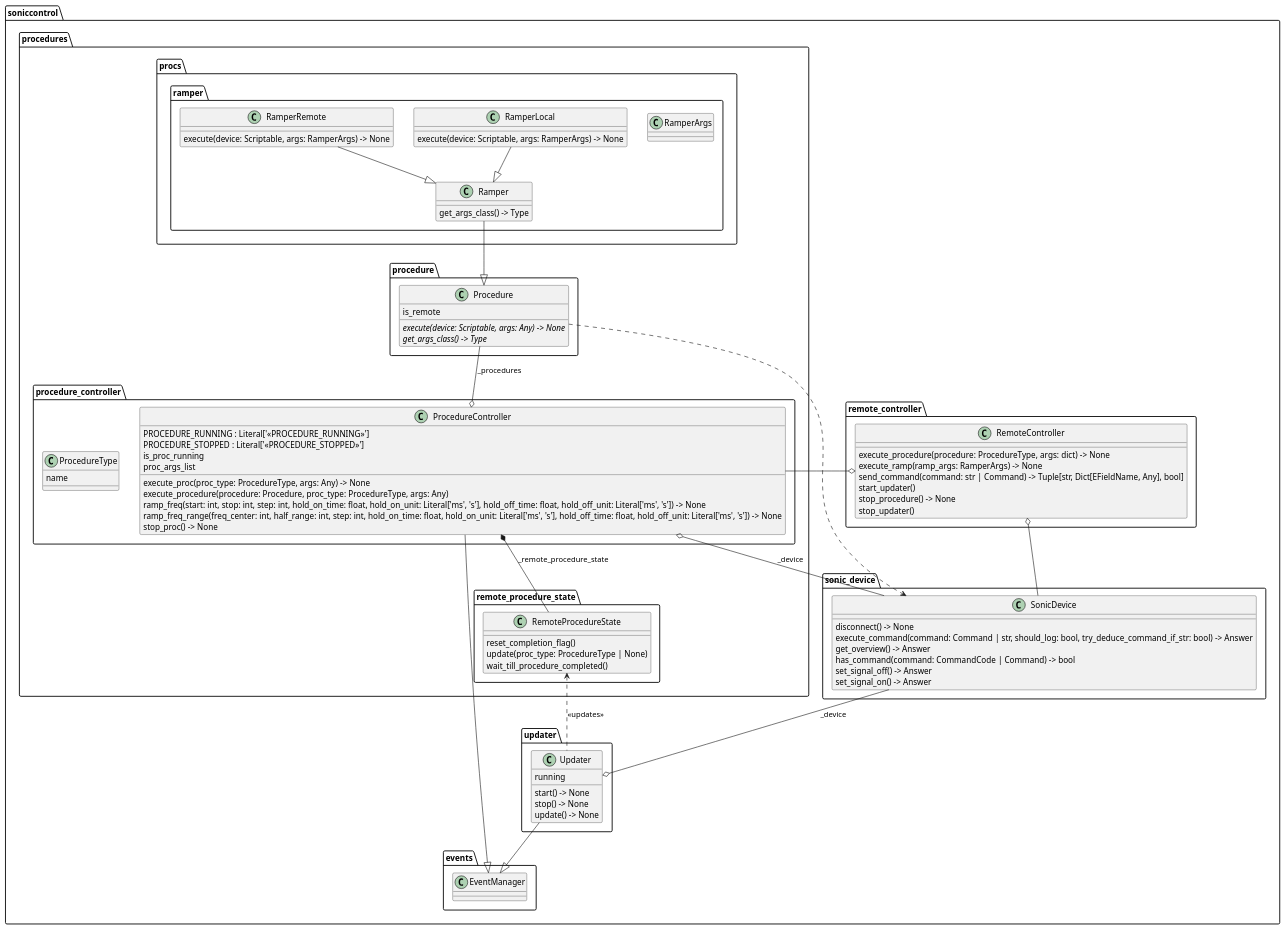
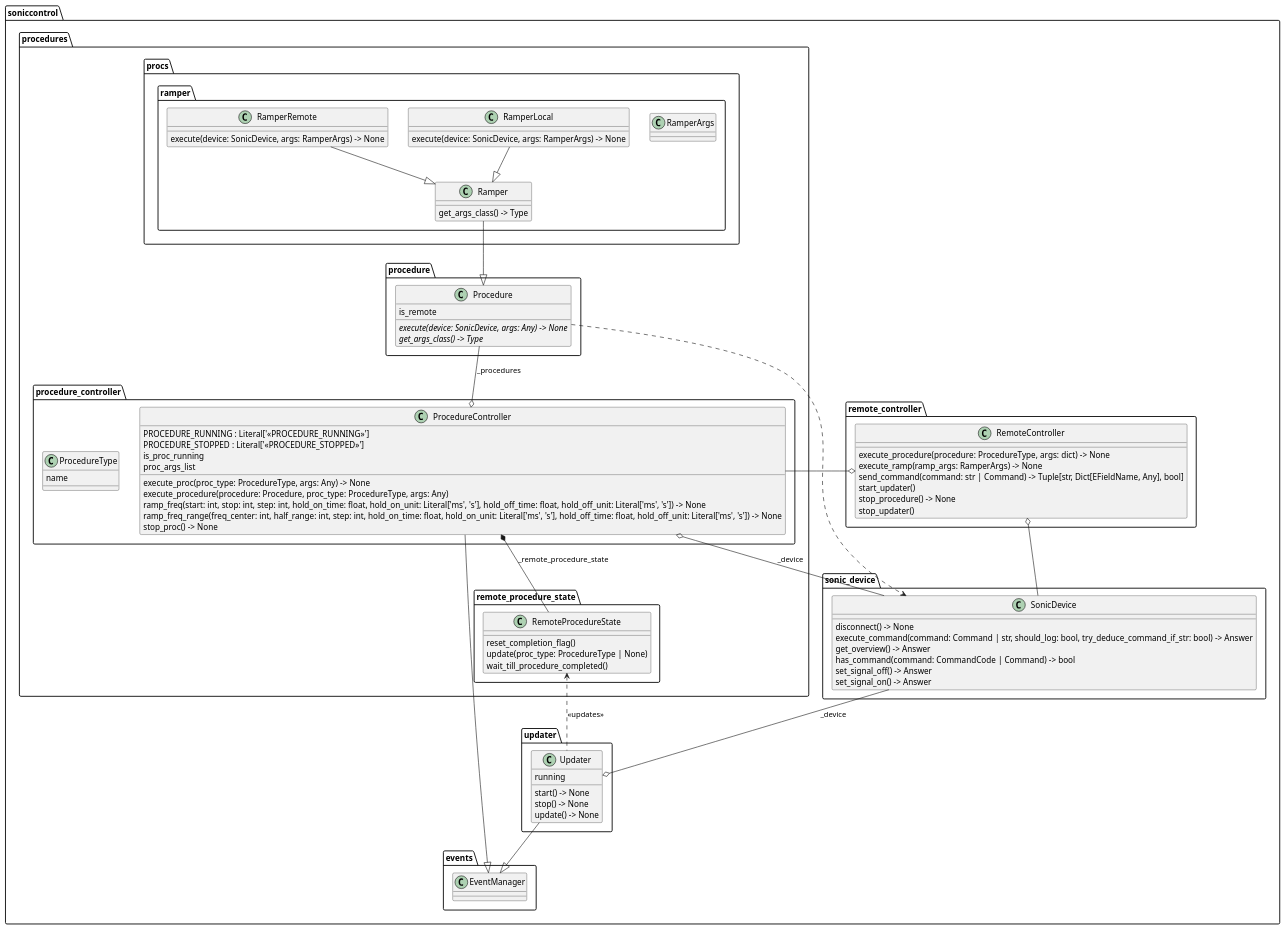
Before and after one commit to usepat/SW-soniccontrol: the diagram in docs/diagrams/soniccontrol/class_procedures.puml, drawn with PlantUML. The commit also changed 17 other files, not shown here.

```diff
--- a/docs/diagrams/soniccontrol/class_procedures.puml
+++ b/docs/diagrams/soniccontrol/class_procedures.puml
@@ -1,99 +1,99 @@
 @startuml class_procedures
 
 set separator . 
 top to bottom direction
 
 
 class "RemoteController" as soniccontrol.remote_controller.RemoteController {
   execute_procedure(procedure: ProcedureType, args: dict) -> None
   execute_ramp(ramp_args: RamperArgs) -> None
   send_command(command: str | Command) -> Tuple[str, Dict[EFieldName, Any], bool]
   start_updater()
   stop_procedure() -> None
   stop_updater()
 }
 
 class "ProcedureType" as soniccontrol.procedures.procedure_controller.ProcedureType {
   name
 }
 
 class "Procedure" as soniccontrol.procedures.procedure.Procedure {
   is_remote
-  {abstract}execute(device: Scriptable, args: Any) -> None
+  {abstract}execute(device: SonicDevice, args: Any) -> None
   {abstract}get_args_class() -> Type
 }
 
 class "RemoteProcedureState" as soniccontrol.procedures.remote_procedure_state.RemoteProcedureState {
   reset_completion_flag()
   update(proc_type: ProcedureType | None)
   wait_till_procedure_completed()
 }
 
 class "ProcedureController" as soniccontrol.procedures.procedure_controller.ProcedureController {
   PROCEDURE_RUNNING : Literal['<<PROCEDURE_RUNNING>>']
   PROCEDURE_STOPPED : Literal['<<PROCEDURE_STOPPED>>']
   is_proc_running
   proc_args_list
   execute_proc(proc_type: ProcedureType, args: Any) -> None
   execute_procedure(procedure: Procedure, proc_type: ProcedureType, args: Any)
   ramp_freq(start: int, stop: int, step: int, hold_on_time: float, hold_on_unit: Literal['ms', 's'], hold_off_time: float, hold_off_unit: Literal['ms', 's']) -> None
   ramp_freq_range(freq_center: int, half_range: int, step: int, hold_on_time: float, hold_on_unit: Literal['ms', 's'], hold_off_time: float, hold_off_unit: Literal['ms', 's']) -> None
   stop_proc() -> None
 }
 
 class "Ramper" as soniccontrol.procedures.procs.ramper.Ramper {
   get_args_class() -> Type
 }
 
 class "RamperArgs" as soniccontrol.procedures.procs.ramper.RamperArgs {
 }
 
 class "RamperLocal" as soniccontrol.procedures.procs.ramper.RamperLocal {
-  execute(device: Scriptable, args: RamperArgs) -> None
+  execute(device: SonicDevice, args: RamperArgs) -> None
 }
 
 class "RamperRemote" as soniccontrol.procedures.procs.ramper.RamperRemote {
-  execute(device: Scriptable, args: RamperArgs) -> None
+  execute(device: SonicDevice, args: RamperArgs) -> None
 }
 
 
 
 
 class "SonicDevice" as soniccontrol.sonic_device.SonicDevice {
   disconnect() -> None
   execute_command(command: Command | str, should_log: bool, try_deduce_command_if_str: bool) -> Answer
   get_overview() -> Answer
   has_command(command: CommandCode | Command) -> bool
   set_signal_off() -> Answer
   set_signal_on() -> Answer
 }
 
 class "Updater" as soniccontrol.updater.Updater {
   running
   start() -> None
   stop() -> None
   update() -> None
 }
 
 
 
 soniccontrol.updater.Updater --|> soniccontrol.events.EventManager
 soniccontrol.sonic_device.SonicDevice --o soniccontrol.updater.Updater : _device
 
 soniccontrol.procedures.procedure_controller.ProcedureController -d-|> soniccontrol.events.EventManager
 soniccontrol.procedures.procs.ramper.Ramper -d-|> soniccontrol.procedures.procedure.Procedure
 soniccontrol.procedures.procs.ramper.RamperLocal -d-|> soniccontrol.procedures.procs.ramper.Ramper
 soniccontrol.procedures.procs.ramper.RamperRemote -d-|> soniccontrol.procedures.procs.ramper.Ramper
 
 soniccontrol.procedures.procedure_controller.ProcedureController o-u- soniccontrol.procedures.procedure.Procedure : _procedures
 soniccontrol.sonic_device.SonicDevice -l-o soniccontrol.procedures.procedure_controller.ProcedureController : _device
 soniccontrol.sonic_device.SonicDevice <.u. soniccontrol.procedures.procedure.Procedure
 
 soniccontrol.procedures.remote_procedure_state.RemoteProcedureState -u-* soniccontrol.procedures.procedure_controller.ProcedureController : _remote_procedure_state
 soniccontrol.updater.Updater .l.> soniccontrol.procedures.remote_procedure_state.RemoteProcedureState : <<updates>>
 
 
 soniccontrol.remote_controller.RemoteController o-l- soniccontrol.procedures.procedure_controller.ProcedureController
 soniccontrol.remote_controller.RemoteController o-d- soniccontrol.sonic_device.SonicDevice
 
 @enduml
```
